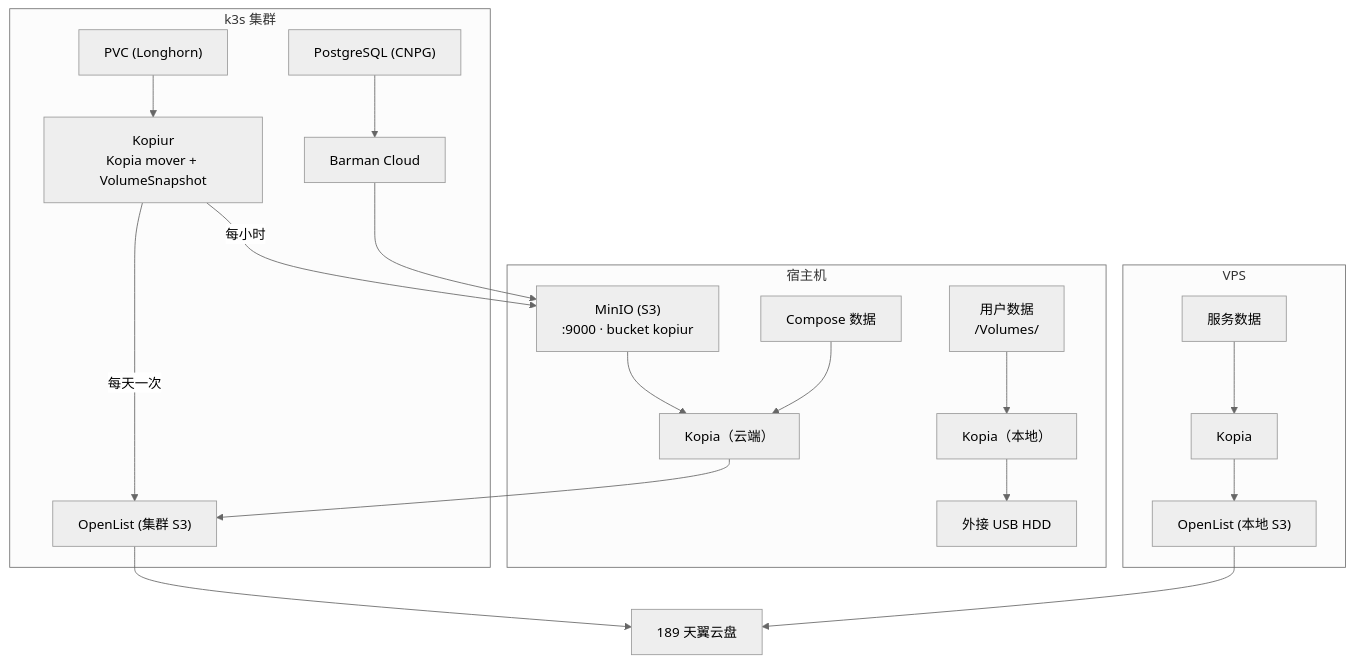
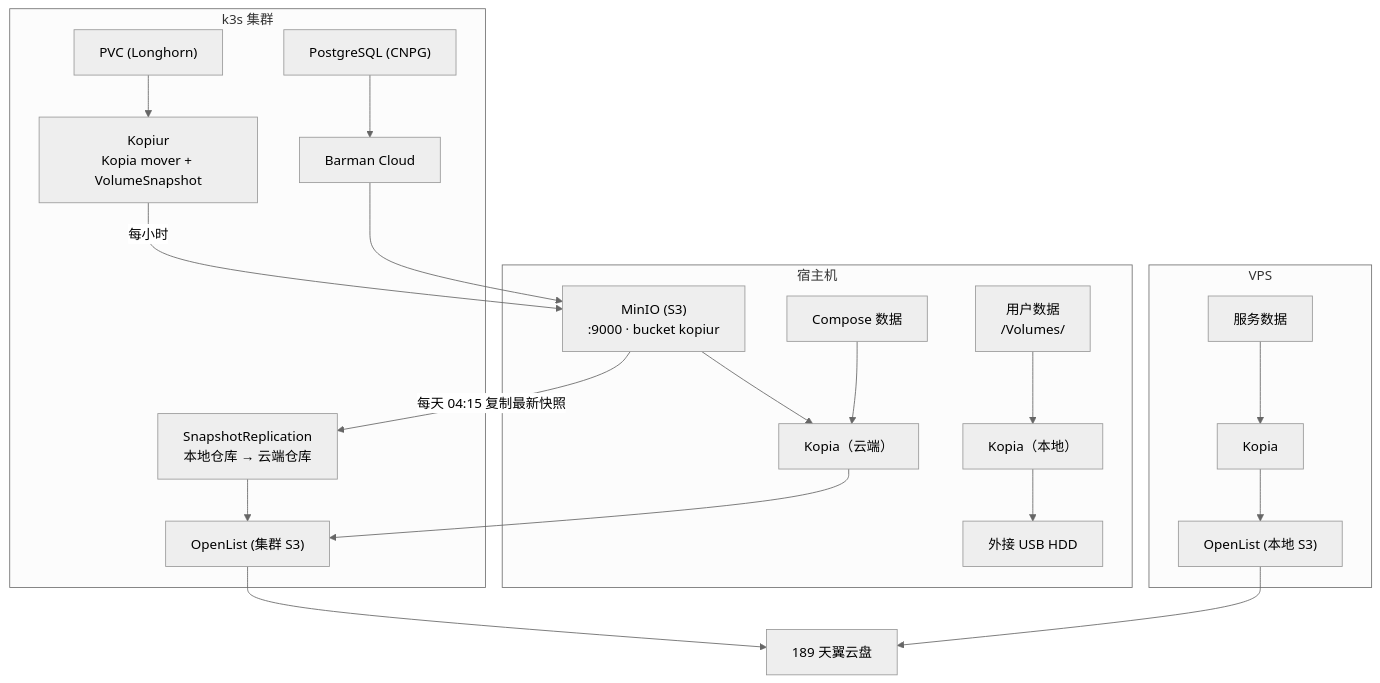
The seventh of 8 diagrams in docs/ARCHITECTURE.md (shelken/home-ops), drawn with Mermaid (neutral theme) before and after one commit. The commit also changed other lines of this file and 10 other files, not shown here.

First line of the commit message:
refactor(kopiur): 云端异地副本改用 SnapshotReplication 集中复制

````diff
--- a/docs/ARCHITECTURE.md
+++ b/docs/ARCHITECTURE.md
@@ -439,45 +439,47 @@
 ```mermaid
 graph TB
     subgraph K8S["k3s 集群"]
         PVC["PVC (Longhorn)"]
         PG["PostgreSQL (CNPG)"]
         Kopiur["Kopiur<br/>Kopia mover + VolumeSnapshot"]
+        Replicate["SnapshotReplication<br/>本地仓库 → 云端仓库"]
         Barman["Barman Cloud"]
         Cluster_OpenList["OpenList (集群 S3)"]
     end
 
     subgraph SAKA_BACKUP["宿主机"]
         MinIO["MinIO (S3)<br/>:9000 · bucket kopiur"]
         COMPOSE_Data["Compose 数据"]
         USER_Data["用户数据<br/>/Volumes/<USER_DATA>"]
         SAKA_Kopia["Kopia（云端）"]
         SAKA_Kopia_Local["Kopia（本地）"]
         USB_HDD["外接 USB HDD"]
     end
 
     subgraph VPS_BACKUP["VPS"]
         VPS_Data["服务数据"]
         VPS_Kopia["Kopia"]
         VPS_OpenList["OpenList (本地 S3)"]
     end
 
     Cloud["189 天翼云盘"]
 
     PVC --> Kopiur
     PG --> Barman
     Kopiur -->|"每小时"| MinIO
-    Kopiur -->|"每天一次"| Cluster_OpenList
+    MinIO -->|"每天 04:15 复制最新快照"| Replicate
+    Replicate --> Cluster_OpenList
     Barman --> MinIO
 
     MinIO --> SAKA_Kopia
     COMPOSE_Data --> SAKA_Kopia
     SAKA_Kopia --> Cluster_OpenList
     Cluster_OpenList --> Cloud
 
     USER_Data --> SAKA_Kopia_Local
     SAKA_Kopia_Local --> USB_HDD
 
     VPS_Data --> VPS_Kopia
     VPS_Kopia --> VPS_OpenList
     VPS_OpenList --> Cloud
 ```
````
